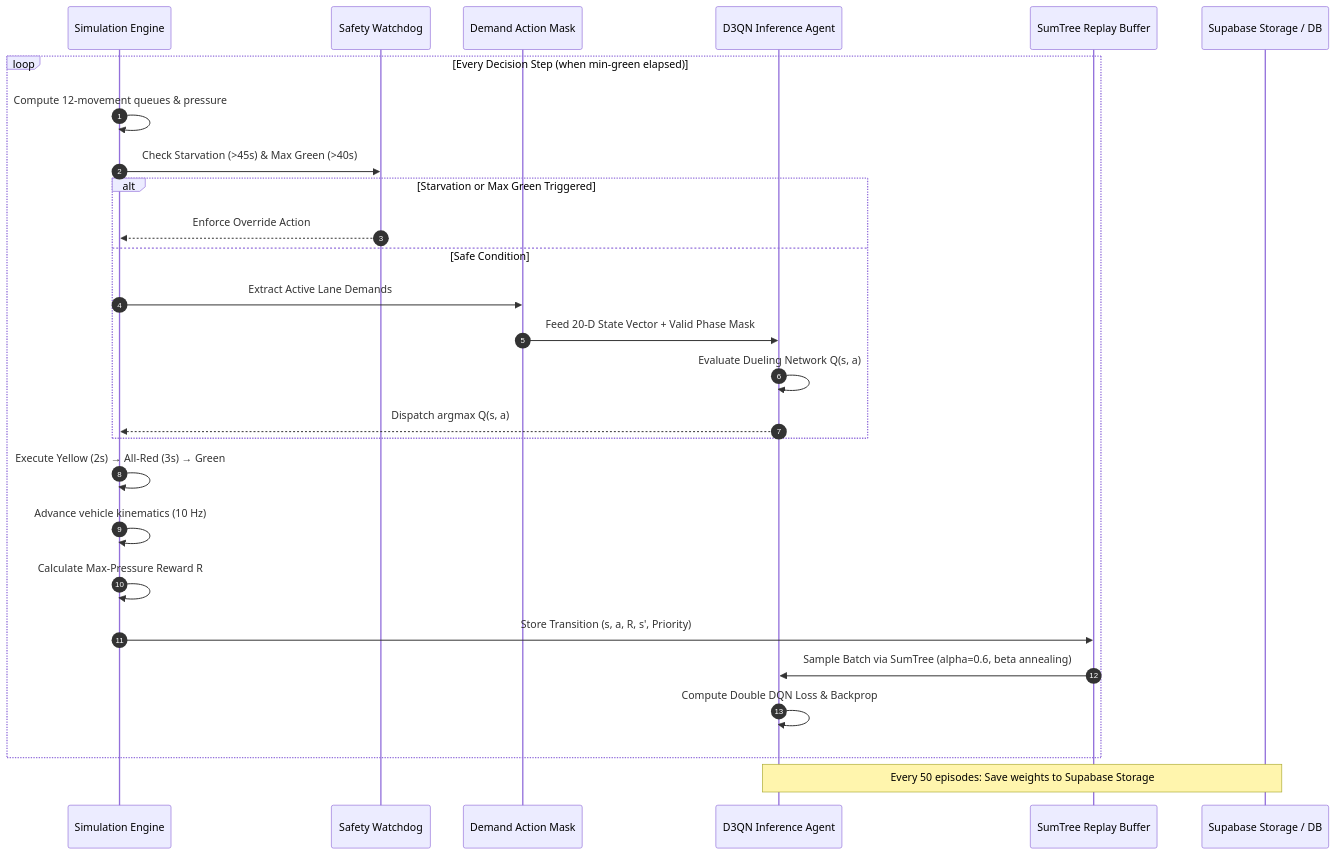
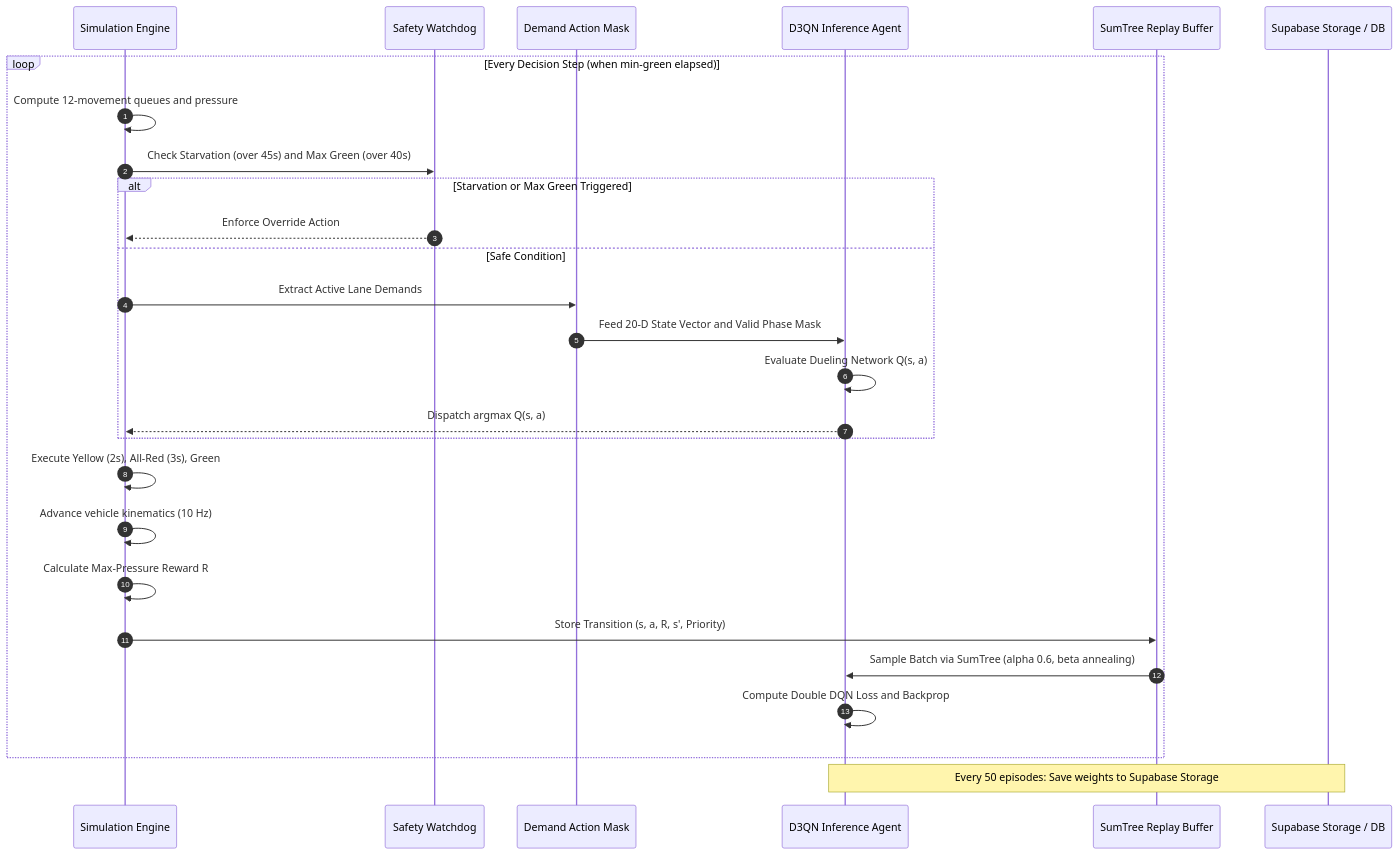
Before and after one commit to Sri-dinesh/FlowSync: the third of 4 diagrams in README.md, drawn with Mermaid. The commit also changed other lines of this file, not shown here.

Commit message:
chore(docs): update Mermaid diagrams and LaTeX formatting in README

````diff
--- a/README.md
+++ b/README.md
@@ -253,30 +258,30 @@
 ```mermaid
 sequenceDiagram
     autonumber
     participant Sim as Simulation Engine
     participant Watchdog as Safety Watchdog
     participant Mask as Demand Action Mask
     participant Agent as D3QN Inference Agent
     participant PER as SumTree Replay Buffer
     participant DB as Supabase Storage / DB
 
     loop Every Decision Step (when min-green elapsed)
-        Sim->>Sim: Compute 12-movement queues & pressure
-        Sim->>Watchdog: Check Starvation (>45s) & Max Green (>40s)
+        Sim->>Sim: Compute 12-movement queues and pressure
+        Sim->>Watchdog: Check Starvation (over 45s) and Max Green (over 40s)
         alt Starvation or Max Green Triggered
             Watchdog-->>Sim: Enforce Override Action
         else Safe Condition
             Sim->>Mask: Extract Active Lane Demands
-            Mask->>Agent: Feed 20-D State Vector + Valid Phase Mask
+            Mask->>Agent: Feed 20-D State Vector and Valid Phase Mask
             Agent->>Agent: Evaluate Dueling Network Q(s, a)
             Agent-->>Sim: Dispatch argmax Q(s, a)
         end
-        Sim->>Sim: Execute Yellow (2s) → All-Red (3s) → Green
+        Sim->>Sim: Execute Yellow (2s), All-Red (3s), Green
         Sim->>Sim: Advance vehicle kinematics (10 Hz)
         Sim->>Sim: Calculate Max-Pressure Reward R
         Sim->>PER: Store Transition (s, a, R, s', Priority)
-        PER->>Agent: Sample Batch via SumTree (alpha=0.6, beta annealing)
-        Agent->>Agent: Compute Double DQN Loss & Backprop
+        PER->>Agent: Sample Batch via SumTree (alpha 0.6, beta annealing)
+        Agent->>Agent: Compute Double DQN Loss and Backprop
     end
     Note over Agent,DB: Every 50 episodes: Save weights to Supabase Storage
 ```
````
